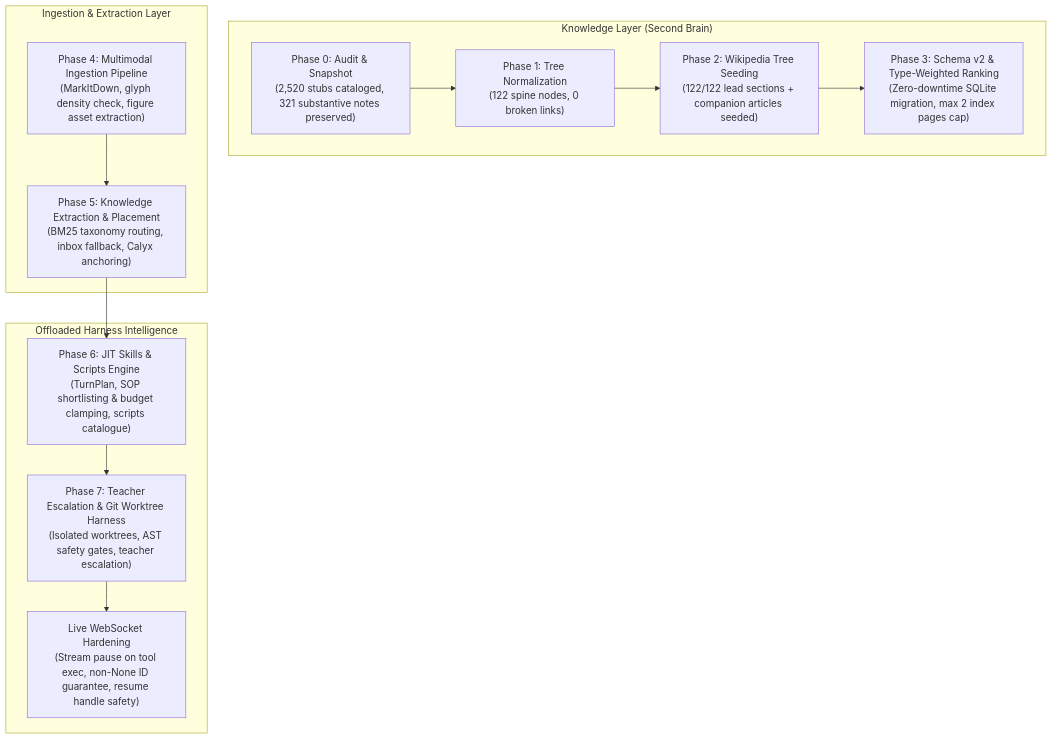
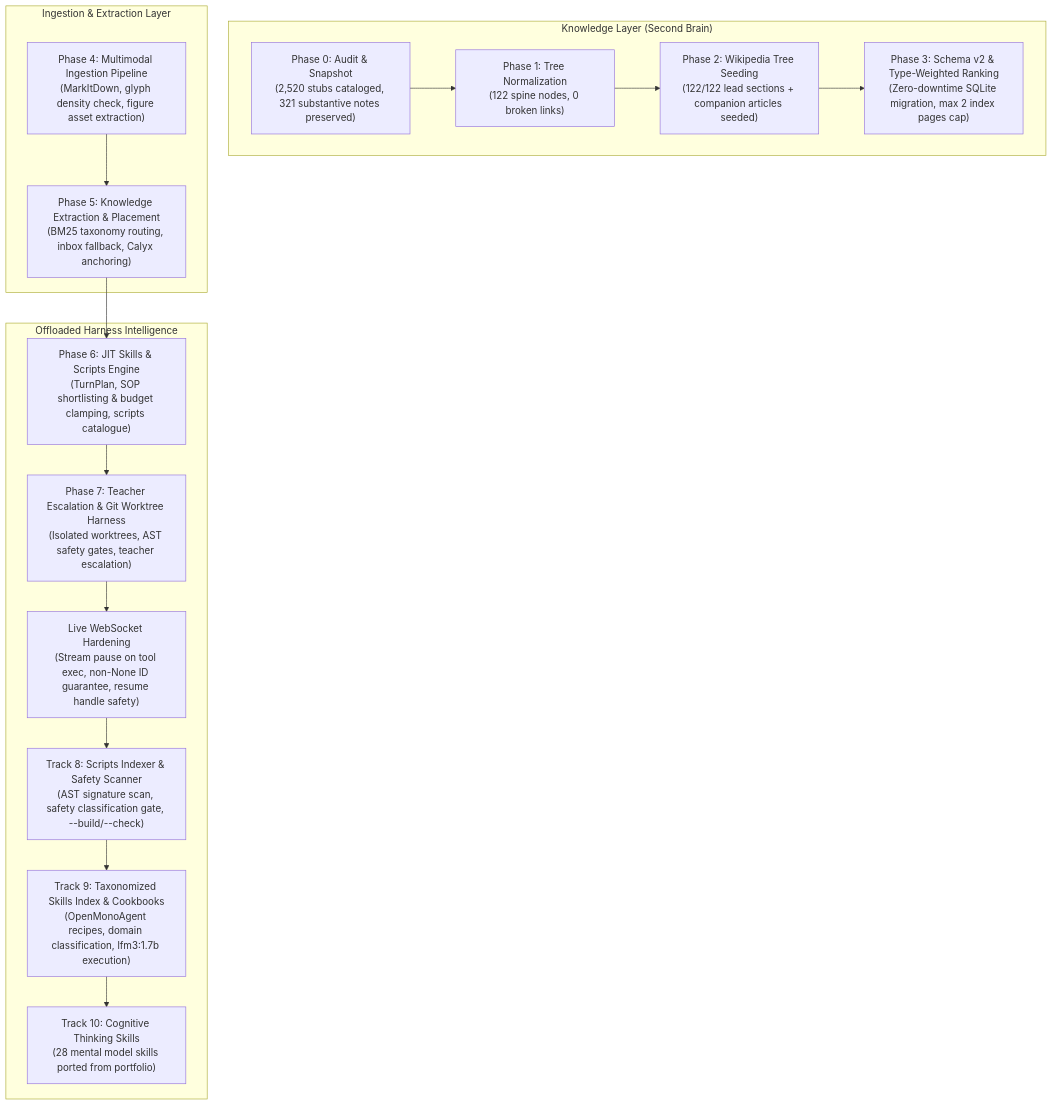
One commit to SynapticSmith/Brahma-Ai-Evo changed the diagram in docs/KNOWLEDGE-AND-SKILLS-ENGINE-TRACKER.md. Above: the diagram before and after it, drawn with Mermaid. The commit also changed other lines of this file and 54 other files, not shown here.

Commit message:
feat(skills): implement Tracks 8, 9, 10 - scripts indexer, skills index, and cognitive thinking skills

````diff
--- a/docs/KNOWLEDGE-AND-SKILLS-ENGINE-TRACKER.md
+++ b/docs/KNOWLEDGE-AND-SKILLS-ENGINE-TRACKER.md
@@ -27,18 +30,21 @@
 ```mermaid
 flowchart TD
     subgraph KNOWLEDGE_CORE["Knowledge Layer (Second Brain)"]
         P0["Phase 0: Audit & Snapshot<br/>(2,520 stubs cataloged, 321 substantive notes preserved)"] --> P1["Phase 1: Tree Normalization<br/>(122 spine nodes, 0 broken links)"]
         P1 --> P2["Phase 2: Wikipedia Tree Seeding<br/>(122/122 lead sections + companion articles seeded)"]
         P2 --> P3["Phase 3: Schema v2 & Type-Weighted Ranking<br/>(Zero-downtime SQLite migration, max 2 index pages cap)"]
     end
 
     subgraph INGESTION_PIPELINE["Ingestion & Extraction Layer"]
         P4["Phase 4: Multimodal Ingestion Pipeline<br/>(MarkItDown, glyph density check, figure asset extraction)"] --> P5["Phase 5: Knowledge Extraction & Placement<br/>(BM25 taxonomy routing, inbox fallback, Calyx anchoring)"]
     end
 
     subgraph HARNESS_INTELLIGENCE["Offloaded Harness Intelligence"]
         P5 --> P6["Phase 6: JIT Skills & Scripts Engine<br/>(TurnPlan, SOP shortlisting & budget clamping, scripts catalogue)"]
         P6 --> P7["Phase 7: Teacher Escalation & Git Worktree Harness<br/>(Isolated worktrees, AST safety gates, teacher escalation)"]
         P7 --> P8["Live WebSocket Hardening<br/>(Stream pause on tool exec, non-None ID guarantee, resume handle safety)"]
+        P8 --> T8["Track 8: Scripts Indexer & Safety Scanner<br/>(AST signature scan, safety classification gate, --build/--check)"]
+        T8 --> T9["Track 9: Taxonomized Skills Index & Cookbooks<br/>(OpenMonoAgent recipes, domain classification, lfm3:1.7b execution)"]
+        T9 --> T10["Track 10: Cognitive Thinking Skills<br/>(28 mental model skills ported from portfolio)"]
     end
 ```
````
